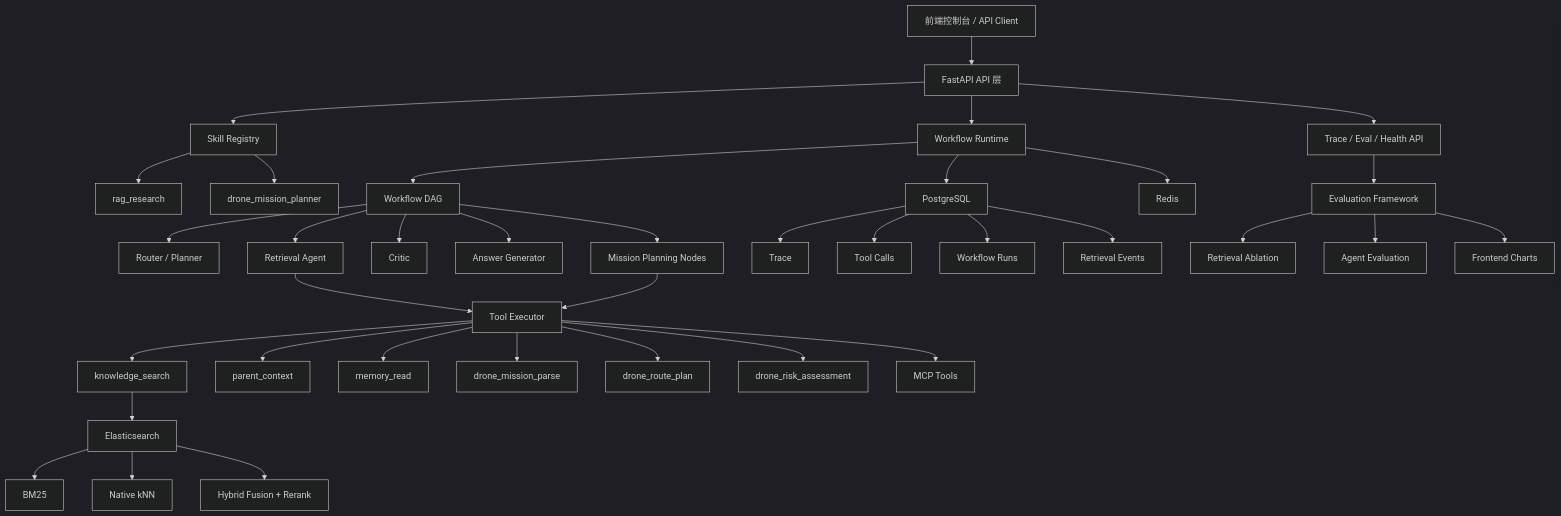
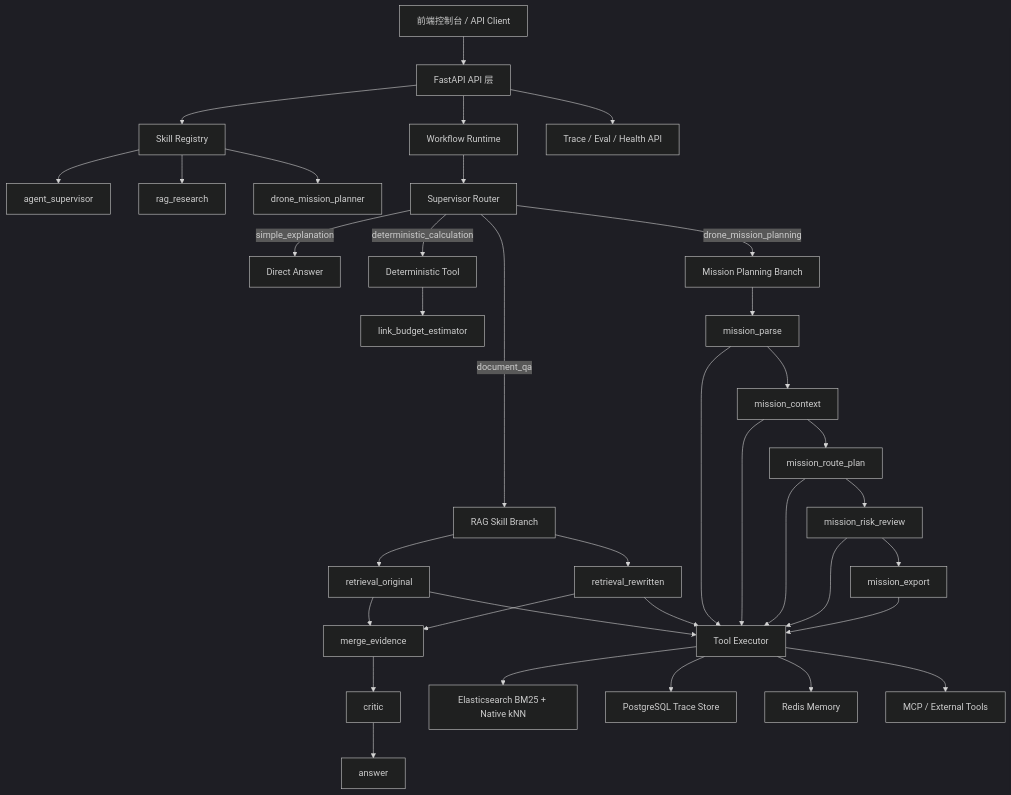
Before and after one commit to cxzg007/rag-agent-decision-system: the diagram in README.md, drawn with Mermaid (dark theme). The commit also changed other lines of this file and 14 other files, not shown here.

Commit message:
Add supervisor-driven workflow routing

````diff
--- a/README.md
+++ b/README.md
@@ -24,47 +24,46 @@
 ```mermaid
 flowchart TD
     A["前端控制台 / API Client"] --> B["FastAPI API 层"]
 
     B --> C["Skill Registry"]
     B --> D["Workflow Runtime"]
     B --> E["Trace / Eval / Health API"]
 
-    C --> C1["rag_research"]
+    C --> C1["agent_supervisor"]
+    C --> C2["rag_research"]
     C --> C3["drone_mission_planner"]
 
-    D --> F["Workflow DAG"]
-    F --> F1["Router / Planner"]
-    F --> F2["Retrieval Agent"]
-    F --> F3["Critic"]
-    F --> F4["Answer Generator"]
-    F --> F5["Mission Planning Nodes"]
+    D --> S["Supervisor Router"]
+    S -->|"simple_explanation"| DA["Direct Answer"]
+    S -->|"document_qa"| RAG["RAG Skill Branch"]
+    S -->|"deterministic_calculation"| DT["Deterministic Tool"]
+    S -->|"drone_mission_planning"| MP["Mission Planning Branch"]
 
-    F2 --> G["Tool Executor"]
-    F5 --> G
+    RAG --> R1["retrieval_original"]
+    RAG --> R2["retrieval_rewritten"]
+    R1 --> RM["merge_evidence"]
+    R2 --> RM
+    RM --> RC["critic"]
+    RC --> RA["answer"]
 
-    G --> G1["knowledge_search"]
-    G --> G2["parent_context"]
-    G --> G3["memory_read"]
-    G --> G4["drone_mission_parse"]
-    G --> G5["drone_route_plan"]
-    G --> G6["drone_risk_assessment"]
-    G --> G7["MCP Tools"]
+    DT --> LB["link_budget_estimator"]
 
-    G1 --> H["Elasticsearch"]
-    H --> H1["BM25"]
-    H --> H2["Native kNN"]
-    H --> H3["Hybrid Fusion + Rerank"]
+    MP --> M1["mission_parse"]
+    M1 --> M2["mission_context"]
+    M2 --> M3["mission_route_plan"]
+    M3 --> M4["mission_risk_review"]
+    M4 --> M5["mission_export"]
 
-    D --> I["PostgreSQL"]
-    D --> J["Redis"]
+    R1 --> T["Tool Executor"]
+    R2 --> T
+    M1 --> T
+    M2 --> T
+    M3 --> T
+    M4 --> T
+    M5 --> T
 
-    I --> I1["Trace"]
-    I --> I2["Tool Calls"]
-    I --> I3["Workflow Runs"]
-    I --> I4["Retrieval Events"]
-
-    E --> K["Evaluation Framework"]
-    K --> K1["Retrieval Ablation"]
-    K --> K2["Agent Evaluation"]
-    K --> K3["Frontend Charts"]
+    T --> ES["Elasticsearch BM25 + Native kNN"]
+    T --> PG["PostgreSQL Trace Store"]
+    T --> Redis["Redis Memory"]
+    T --> MCP["MCP / External Tools"]
 ```
````
